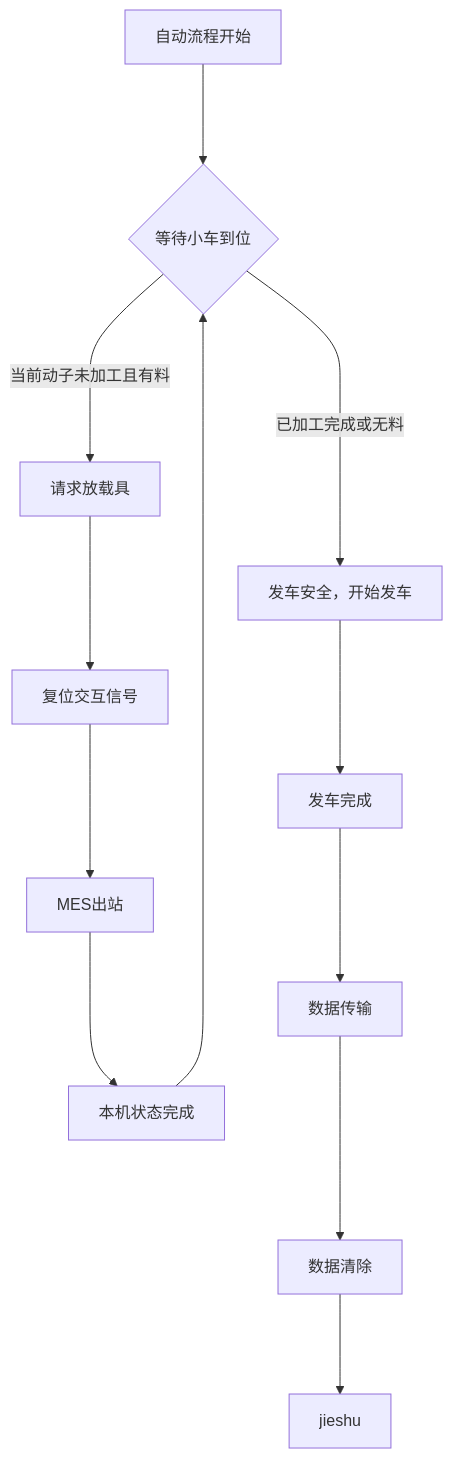
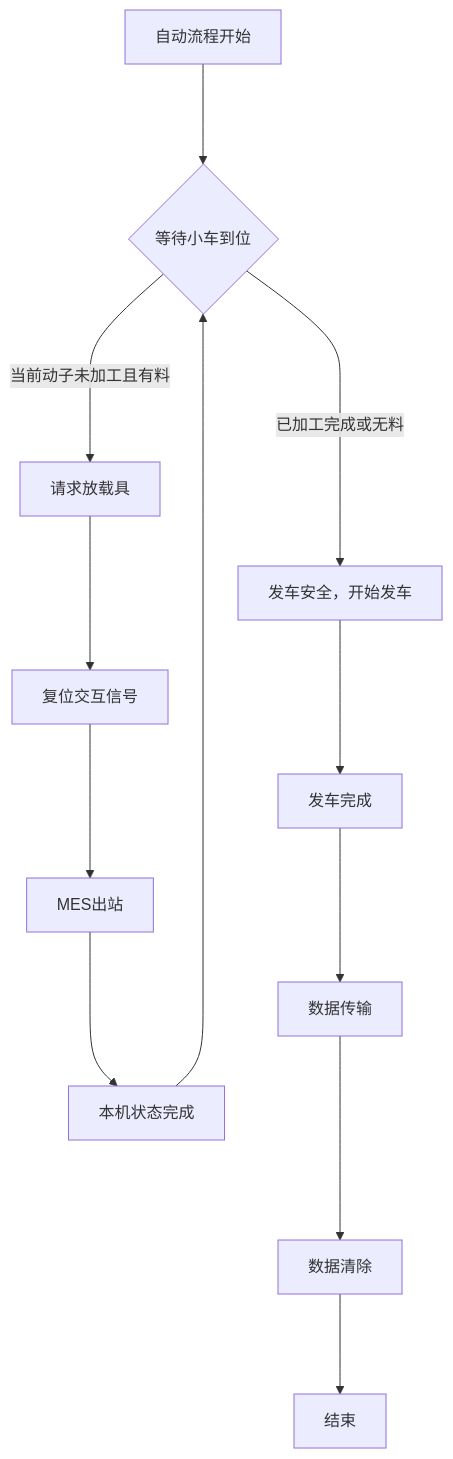
Before and after one commit to zmq000/iodraw-files: the diagram in all/OP70工位9磁悬浮交互工位.md, drawn with Mermaid.

Commit message:
2026-06-17 18:56:56 update

````diff
--- a/all/OP70工位9磁悬浮交互工位.md
+++ b/all/OP70工位9磁悬浮交互工位.md
@@ -1,16 +1,16 @@
 ```mermaid
 graph TD
 自动流程开始--->10
 10{等待小车到位}--->|当前动子未加工且有料|100
 10---->|已加工完成或无料|200
 100[请求放载具]--->110
 110[复位交互信号]--->120
 120[MES出站]--->130
 130[本机状态完成]--->10
 200[发车安全，开始发车]--->210
 210[发车完成]--->220
 220[数据传输]---->230
 230[数据清除]--->240
-240[jieshu]
+240[结束]
   
 ```
````
